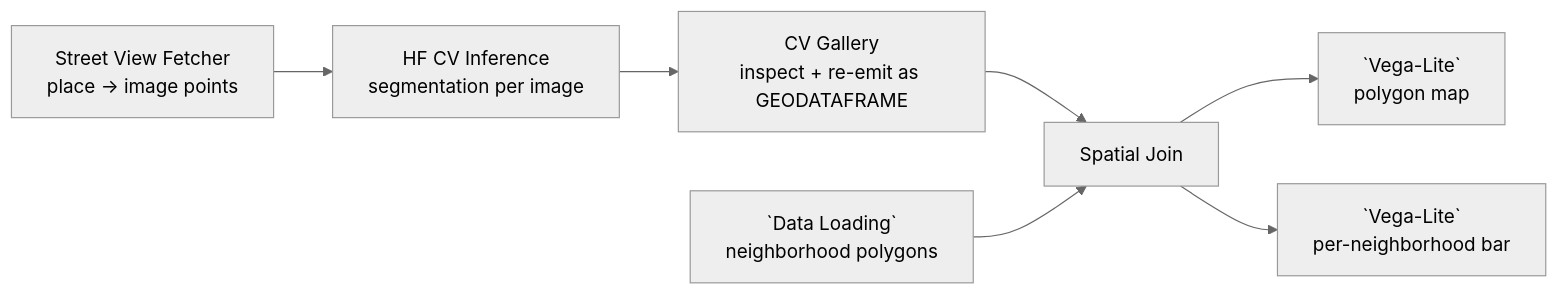
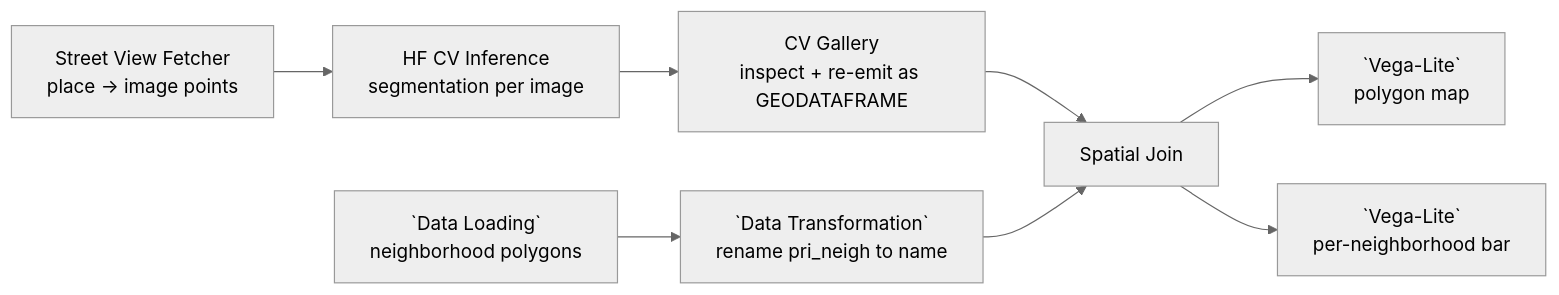
The diagram in docs/examples/10-street-vision-cv-analysis.md (urban-toolkit/curio), drawn with Mermaid (neutral theme) before and after one commit. The commit also changed other lines of this file and 14 other files, not shown here.

````diff
--- a/docs/examples/10-street-vision-cv-analysis.md
+++ b/docs/examples/10-street-vision-cv-analysis.md
@@ -13,12 +13,12 @@
 ```mermaid
 flowchart LR
   F[Street View Fetcher<br/>place → image points]
   I[HF CV Inference<br/>segmentation per image]
   G[CV Gallery<br/>inspect + re-emit as GEODATAFRAME]
   L[`Data Loading`<br/>neighborhood polygons]
 
   F --> I --> G --> SJ[Spatial Join]
-  L --> SJ
+  L --> T[`Data Transformation`<br/>rename pri_neigh to name] --> SJ
   SJ --> V1[`Vega-Lite`<br/>polygon map]
   SJ --> V2[`Vega-Lite`<br/>per-neighborhood bar]
 ```
````
